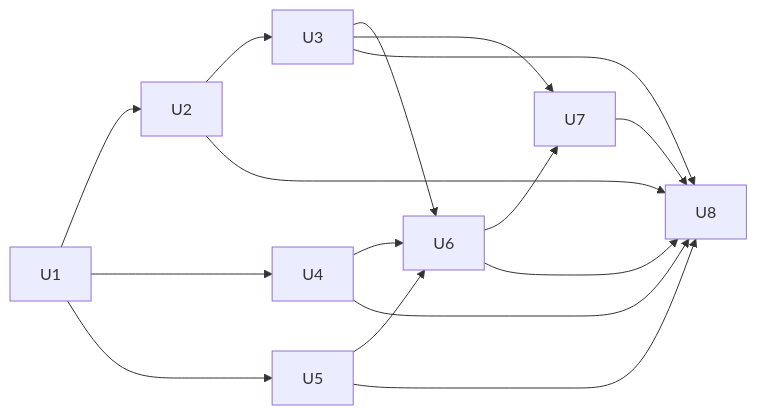
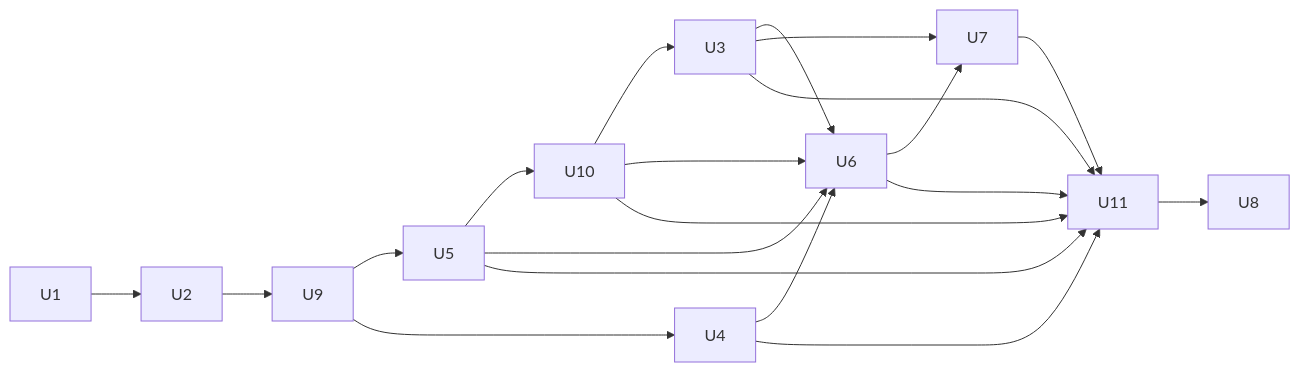
One commit to simonwjackson/proseql changed the second of 2 diagrams in work/items/active/01KYWNNC4EQSMDE3GESRS837J3-wasm-engine-optimization/plan.md. Above: the diagram before and after it, drawn with Mermaid. The commit also changed other lines of this file and 1 other file, not shown here.

````diff
--- a/work/items/active/01KYWNNC4EQSMDE3GESRS837J3-wasm-engine-optimization/plan.md
+++ b/work/items/active/01KYWNNC4EQSMDE3GESRS837J3-wasm-engine-optimization/plan.md
@@ -171,17 +179,19 @@
 ```mermaid
 flowchart LR
-    U1 --> U2 --> U3
-    U1 --> U4
-    U1 --> U5
+    U1 --> U2 --> U9
+    U9 --> U5 --> U10 --> U3
+    U9 --> U4
     U3 --> U6
     U4 --> U6
     U5 --> U6
+    U10 --> U6
     U3 --> U7
     U6 --> U7
-    U2 --> U8
-    U3 --> U8
-    U4 --> U8
-    U5 --> U8
-    U6 --> U8
-    U7 --> U8
+    U3 --> U11
+    U4 --> U11
+    U5 --> U11
+    U6 --> U11
+    U7 --> U11
+    U10 --> U11
+    U11 --> U8
 ```
````
